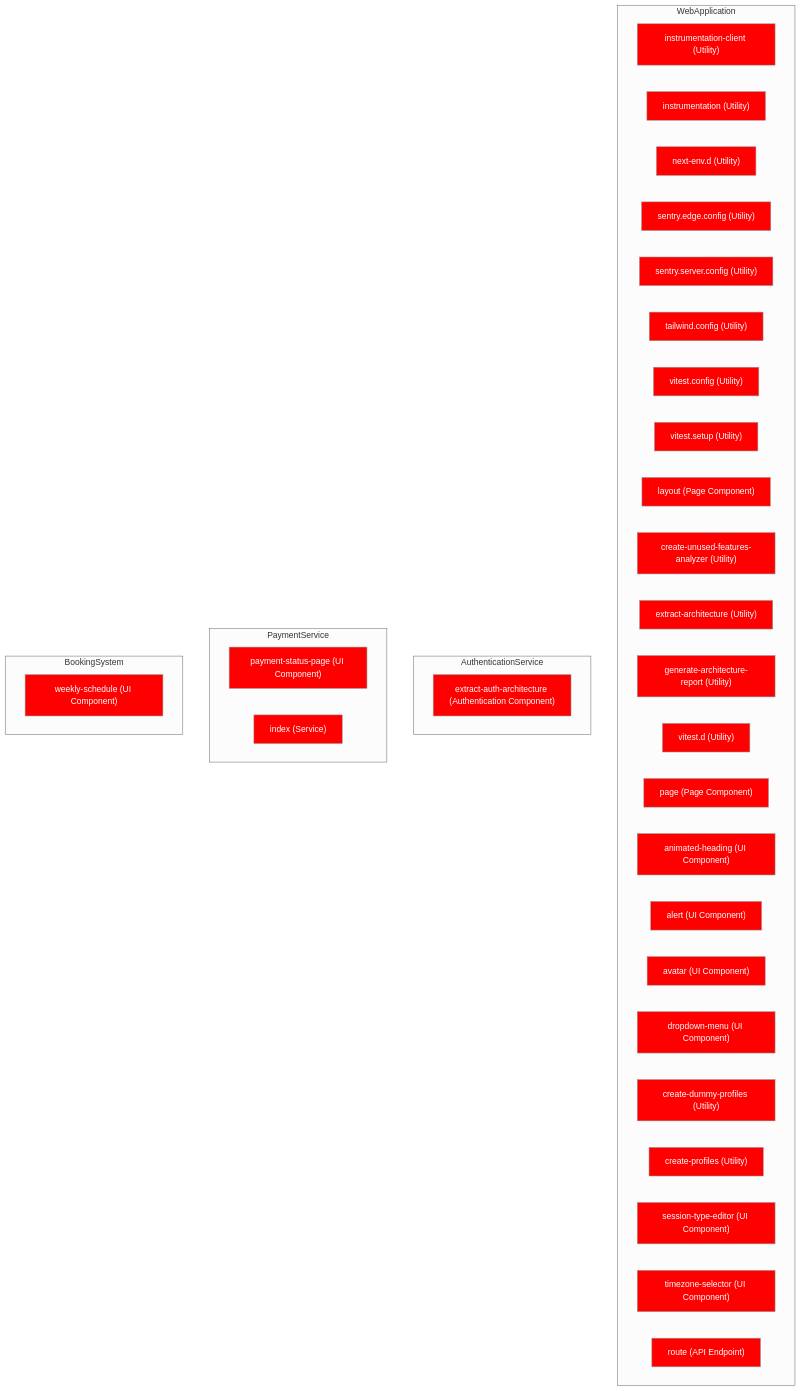
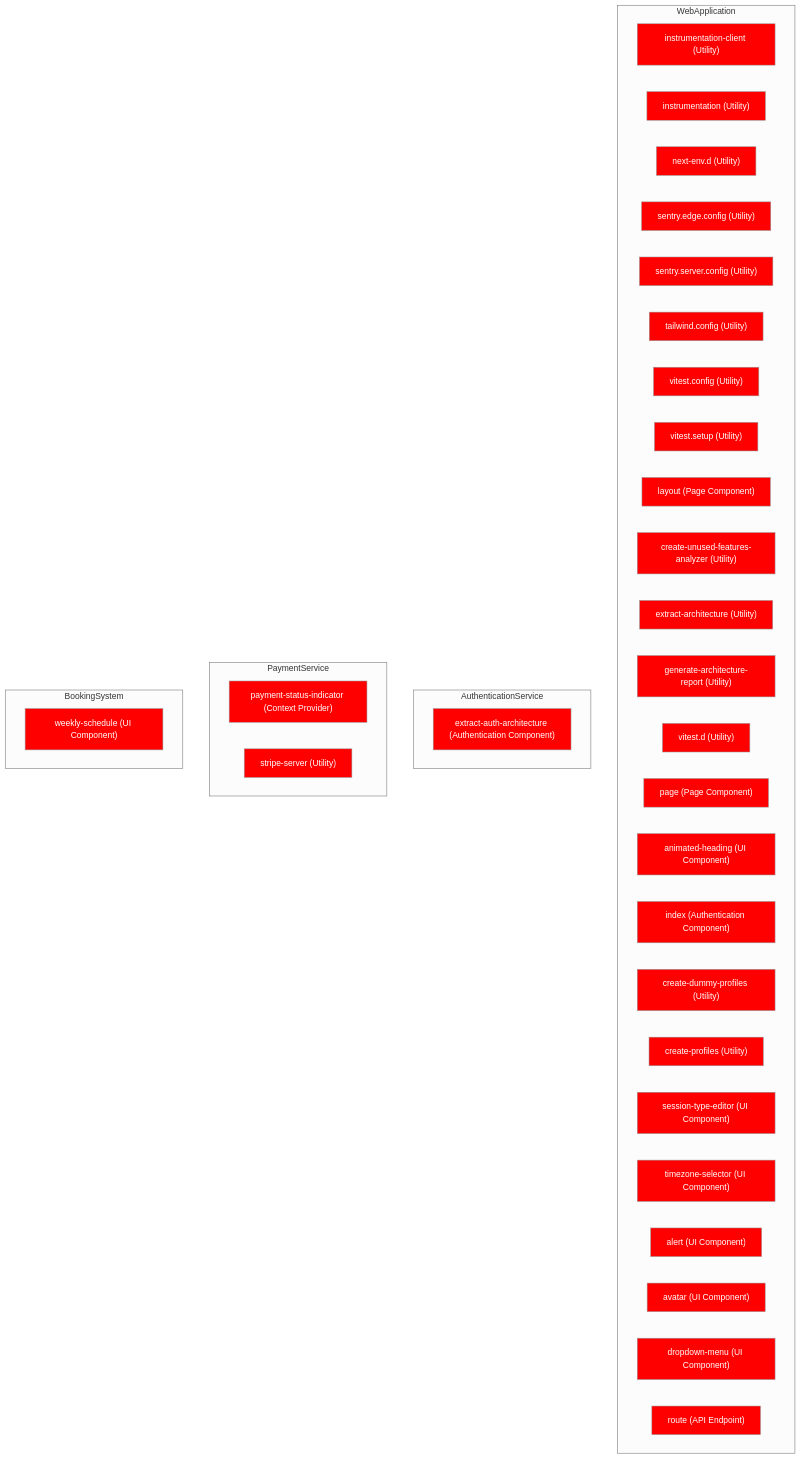
Before and after one commit to liam-jons/buildappswith: the diagram in docs/architecture/analysis/unused-components-diagram.mmd, drawn with Mermaid (neutral theme). The commit also changed 63 other files, not shown here.

Commit message:
Modernisation of Stripe payment flow

```diff
--- a/docs/architecture/analysis/unused-components-diagram.mmd
+++ b/docs/architecture/analysis/unused-components-diagram.mmd
@@ -1,101 +1,108 @@
 graph TD
     subgraph WebApplication
         instrumentation_client["instrumentation-client (Utility)"]:::unused
         instrumentation["instrumentation (Utility)"]:::unused
         next_env_d["next-env.d (Utility)"]:::unused
         sentry_edge_config["sentry.edge.config (Utility)"]:::unused
         sentry_server_config["sentry.server.config (Utility)"]:::unused
         tailwind_config["tailwind.config (Utility)"]:::unused
         vitest_config["vitest.config (Utility)"]:::unused
         vitest_setup["vitest.setup (Utility)"]:::unused
         layout["layout (Page Component)"]:::unused
         create_unused_features_analyzer["create-unused-features-analyzer (Utility)"]:::unused
         extract_architecture["extract-architecture (Utility)"]:::unused
         generate_architecture_report["generate-architecture-report (Utility)"]:::unused
         vitest_d["vitest.d (Utility)"]:::unused
         layout["layout (Page Component)"]:::unused
         page["page (Page Component)"]:::unused
         layout["layout (Page Component)"]:::unused
         layout["layout (Page Component)"]:::unused
         page["page (Page Component)"]:::unused
         layout["layout (Page Component)"]:::unused
         page["page (Page Component)"]:::unused
         animated_heading["animated-heading (UI Component)"]:::unused
-        alert["alert (UI Component)"]:::unused
-        avatar["avatar (UI Component)"]:::unused
-        dropdown_menu["dropdown-menu (UI Component)"]:::unused
+        index["index (Utility)"]:::unused
+        index["index (Utility)"]:::unused
         create_dummy_profiles["create-dummy-profiles (Utility)"]:::unused
         create_profiles["create-profiles (Utility)"]:::unused
         page["page (Page Component)"]:::unused
         page["page (Page Component)"]:::unused
         page["page (Page Component)"]:::unused
         page["page (Page Component)"]:::unused
         page["page (Page Component)"]:::unused
         page["page (Page Component)"]:::unused
         page["page (Page Component)"]:::unused
         page["page (Page Component)"]:::unused
         page["page (Page Component)"]:::unused
         page["page (Page Component)"]:::unused
         page["page (Page Component)"]:::unused
         layout["layout (Page Component)"]:::unused
         page["page (Page Component)"]:::unused
         layout["layout (Page Component)"]:::unused
         page["page (Page Component)"]:::unused
         layout["layout (Page Component)"]:::unused
         page["page (Page Component)"]:::unused
         layout["layout (Page Component)"]:::unused
         page["page (Page Component)"]:::unused
         page["page (Page Component)"]:::unused
         page["page (Page Component)"]:::unused
         page["page (Page Component)"]:::unused
         page["page (Page Component)"]:::unused
         page["page (Page Component)"]:::unused
         page["page (Page Component)"]:::unused
         page["page (Page Component)"]:::unused
         page["page (Page Component)"]:::unused
+        index["index (Utility)"]:::unused
+        index["index (Utility)"]:::unused
         session_type_editor["session-type-editor (UI Component)"]:::unused
         timezone_selector["timezone-selector (UI Component)"]:::unused
+        index["index (Utility)"]:::unused
+        alert["alert (UI Component)"]:::unused
+        avatar["avatar (UI Component)"]:::unused
+        dropdown_menu["dropdown-menu (UI Component)"]:::unused
+        index["index (Utility)"]:::unused
         page["page (Page Component)"]:::unused
         page["page (Page Component)"]:::unused
         page["page (Page Component)"]:::unused
         page["page (Page Component)"]:::unused
         page["page (Page Component)"]:::unused
         route["route (API Endpoint)"]:::unused
         route["route (API Endpoint)"]:::unused
         route["route (API Endpoint)"]:::unused
         route["route (API Endpoint)"]:::unused
         route["route (API Endpoint)"]:::unused
         route["route (API Endpoint)"]:::unused
         route["route (API Endpoint)"]:::unused
         route["route (API Endpoint)"]:::unused
         route["route (API Endpoint)"]:::unused
         route["route (API Endpoint)"]:::unused
         route["route (API Endpoint)"]:::unused
         route["route (API Endpoint)"]:::unused
         route["route (API Endpoint)"]:::unused
         route["route (API Endpoint)"]:::unused
     end
 
     subgraph AuthenticationService
         extract_auth_architecture["extract-auth-architecture (Authentication Component)"]:::unused
+        index["index (Authentication Component)"]:::unused
         route["route (API Endpoint)"]:::unused
     end
 
     subgraph PaymentService
-        payment_status_page["payment-status-page (UI Component)"]:::unused
-        index["index (Service)"]:::unused
+        payment_status_indicator["payment-status-indicator (Context Provider)"]:::unused
+        stripe_server["stripe-server (Utility)"]:::unused
         page["page (Page Component)"]:::unused
         page["page (Page Component)"]:::unused
         route["route (API Endpoint)"]:::unused
         route["route (API Endpoint)"]:::unused
         route["route (API Endpoint)"]:::unused
     end
 
     subgraph BookingSystem
         weekly_schedule["weekly-schedule (UI Component)"]:::unused
         route["route (API Endpoint)"]:::unused
         route["route (API Endpoint)"]:::unused
     end
 
     classDef unused fill:#FF0000,color:white;
     classDef timeline fill:#0000FF,color:white;
```
